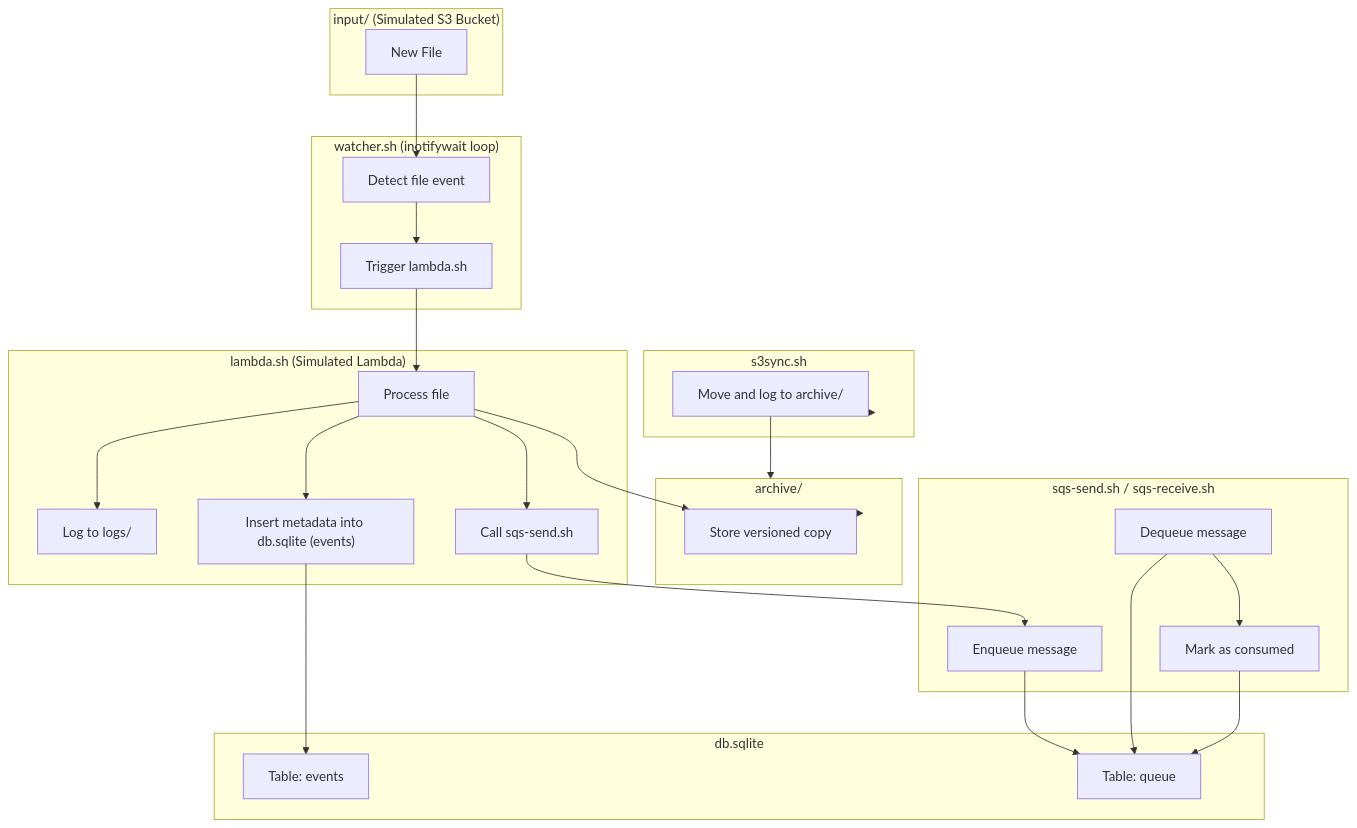
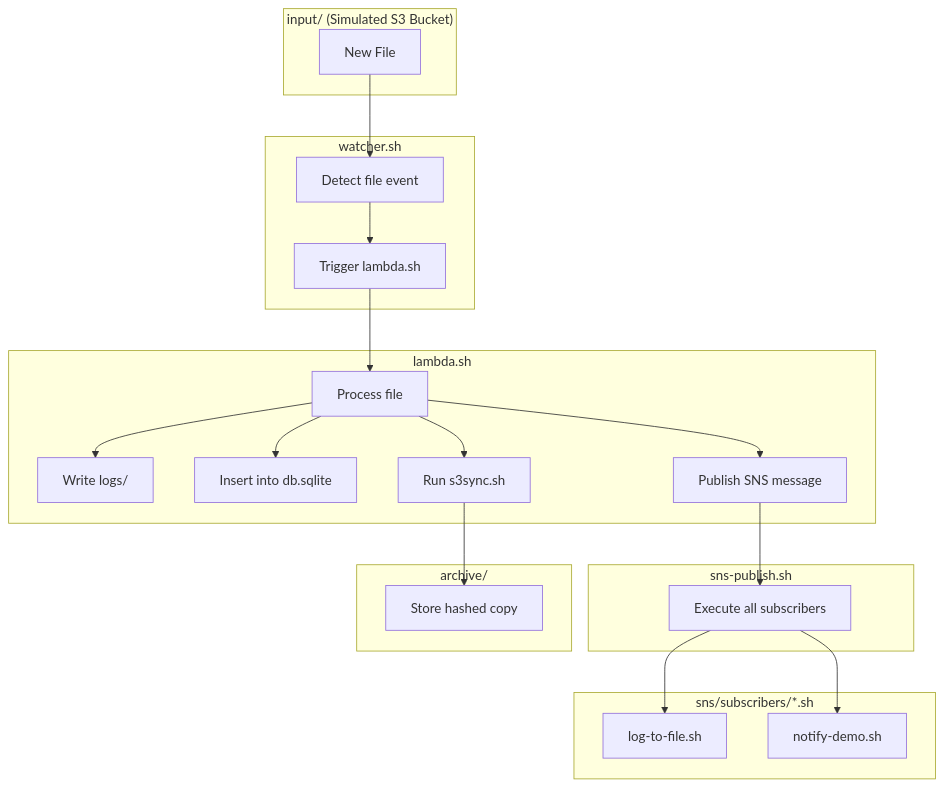
The diagram in README.md (mikeninerbravog/cloudless-aws-simulation), drawn with Mermaid before and after one commit. The commit also changed other lines of this file and 14 other files, not shown here.

````diff
--- a/README.md
+++ b/README.md
@@ -112,57 +258,38 @@
 ```mermaid
 flowchart TD
   subgraph S3["input/ (Simulated S3 Bucket)"]
     FileUpload["New File"]
   end
 
-  subgraph Watcher["watcher.sh (inotifywait loop)"]
+  subgraph Watcher["watcher.sh"]
     DetectFile["Detect file event"]
     TriggerLambda["Trigger lambda.sh"]
   end
 
-  subgraph Lambda["lambda.sh (Simulated Lambda)"]
+  subgraph Lambda["lambda.sh"]
     ProcessFile["Process file"]
-    LogToDisk["Log to logs/"]
-    StoreInDB["Insert metadata into db.sqlite (events)"]
-    EnqueueMsg["Call sqs-send.sh"]
+    LogToDisk["Write logs/"]
+    StoreInDB["Insert into db.sqlite"]
+    PublishSNS["Publish SNS message"]
+    TriggerSync["Run s3sync.sh"]
   end
 
-  subgraph DB["db.sqlite"]
-    EventsTable["Table: events"]
-    QueueTable["Table: queue"]
+  subgraph SNS["sns-publish.sh"]
+    Fanout["Execute all subscribers"]
+  end
+
+  subgraph Subscribers["sns/subscribers/*.sh"]
+    LogSubscriber["log-to-file.sh"]
+    DemoNotify["notify-demo.sh"]
   end
 
   subgraph Archive["archive/"]
-    ArchiveFile["Store versioned copy"]
+    StoreCopy["Store hashed copy"]
   end
 
-  subgraph S3Sync["s3sync.sh"]
-    MoveFiles["Move and log to archive/"]
-  end
+  FileUpload --> DetectFile --> TriggerLambda
+  TriggerLambda --> ProcessFile --> LogToDisk & StoreInDB & PublishSNS & TriggerSync
+  PublishSNS --> Fanout --> LogSubscriber & DemoNotify
+  TriggerSync --> StoreCopy
 
-  subgraph Queue["sqs-send.sh / sqs-receive.sh"]
-    Enqueue["Enqueue message"]
-    Receive["Dequeue message"]
-    MarkConsumed["Mark as consumed"]
-  end
-
-  FileUpload --> DetectFile
-  DetectFile --> TriggerLambda
-  TriggerLambda --> ProcessFile
-  ProcessFile --> LogToDisk
-  ProcessFile --> StoreInDB
-  ProcessFile --> EnqueueMsg
-  EnqueueMsg --> Enqueue
-  Enqueue --> QueueTable
-  Receive --> QueueTable
-  Receive --> MarkConsumed
-  MarkConsumed --> QueueTable
-
-  ProcessFile --> ArchiveFile
-  ArchiveFile --> Archive
-
-  S3Sync --> MoveFiles
-  MoveFiles --> Archive
-
-  StoreInDB --> EventsTable
 ```
````
